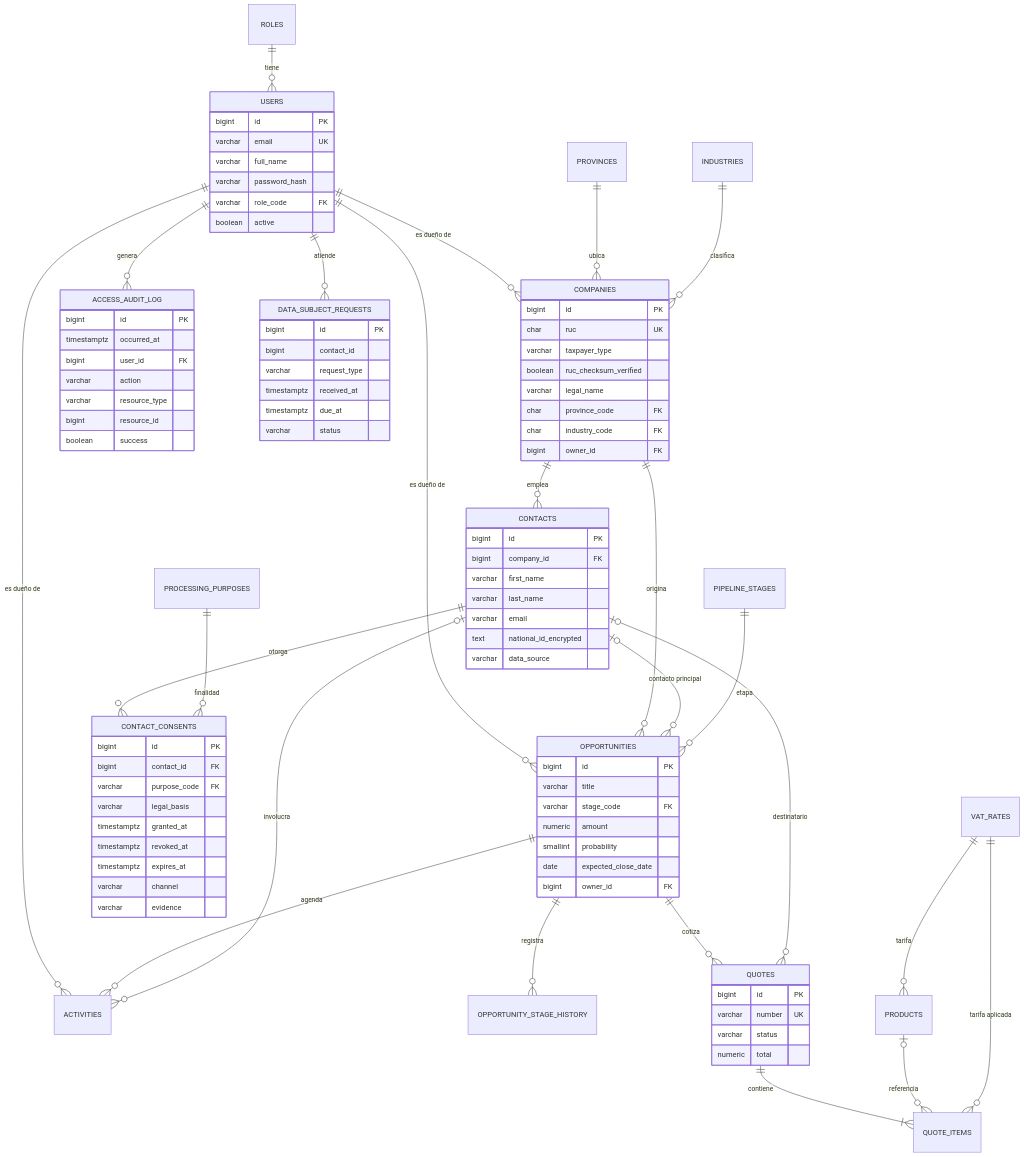
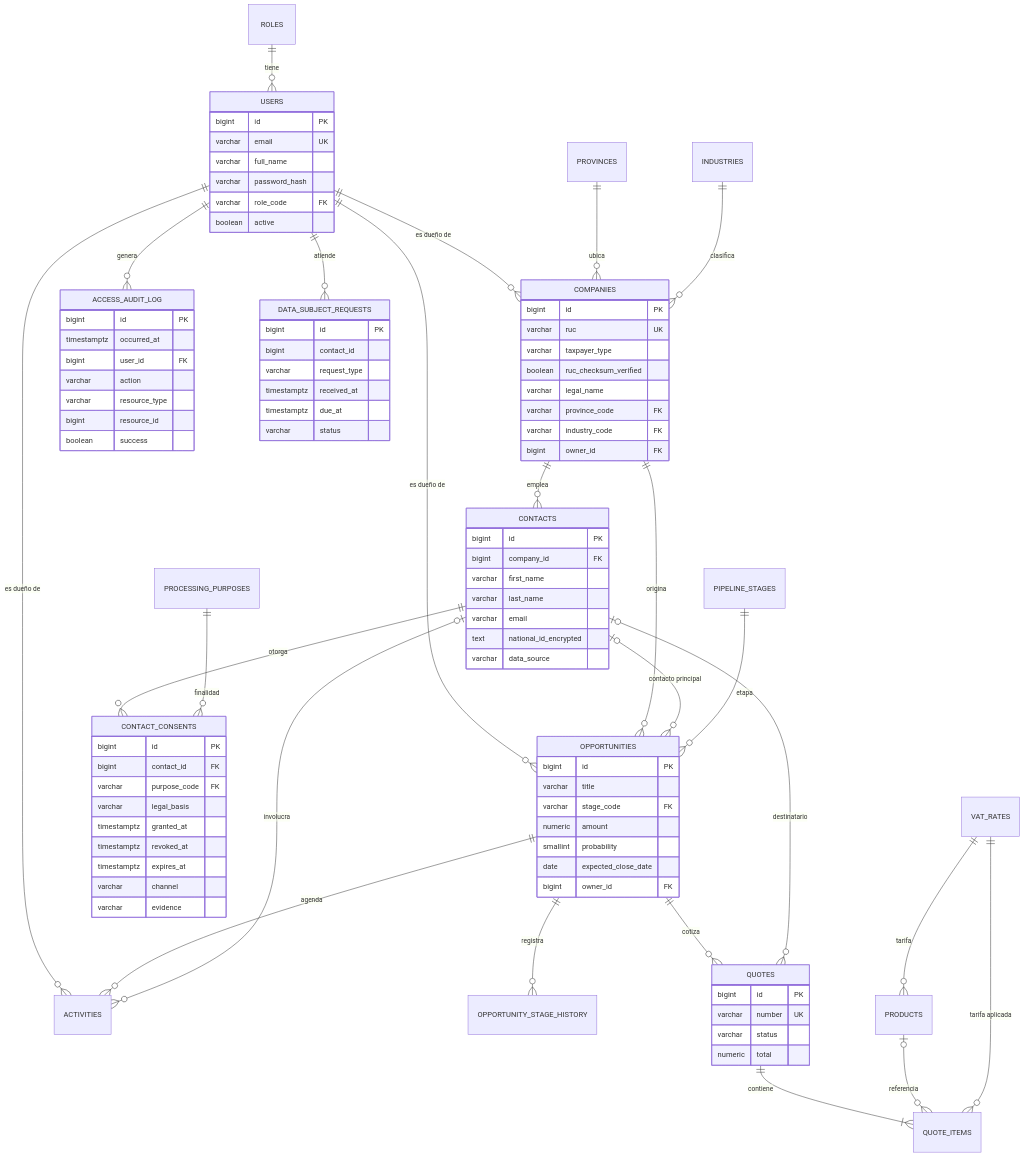
One commit to DiegoFranciscoG/crm-ventas changed the diagram in docs/modelo-datos.md. Above: the diagram before and after it, drawn with Mermaid. The commit also changed other lines of this file and 6 other files, not shown here.

```diff
--- a/docs/modelo-datos.md
+++ b/docs/modelo-datos.md
@@ -46,12 +46,12 @@
   }
   COMPANIES {
     bigint id PK
-    char ruc UK
+    varchar ruc UK
     varchar taxpayer_type
     boolean ruc_checksum_verified
     varchar legal_name
-    char province_code FK
-    char industry_code FK
+    varchar province_code FK
+    varchar industry_code FK
     bigint owner_id FK
   }
   CONTACTS {
```
